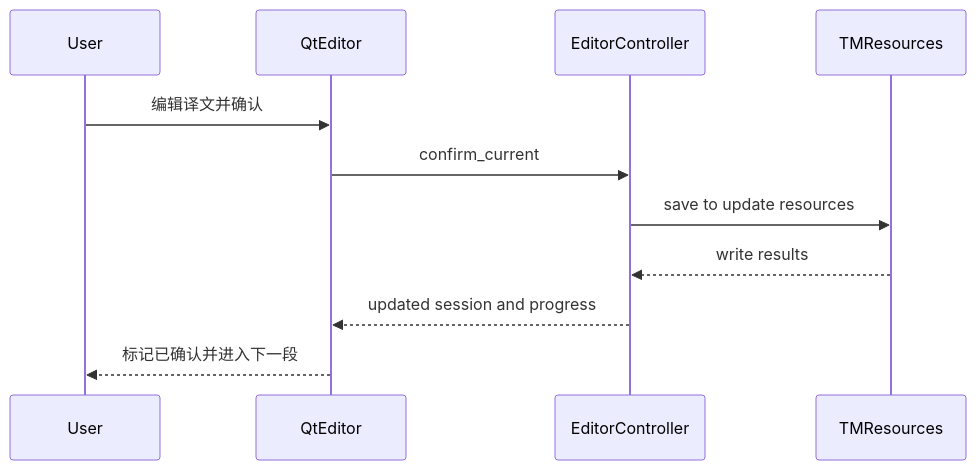
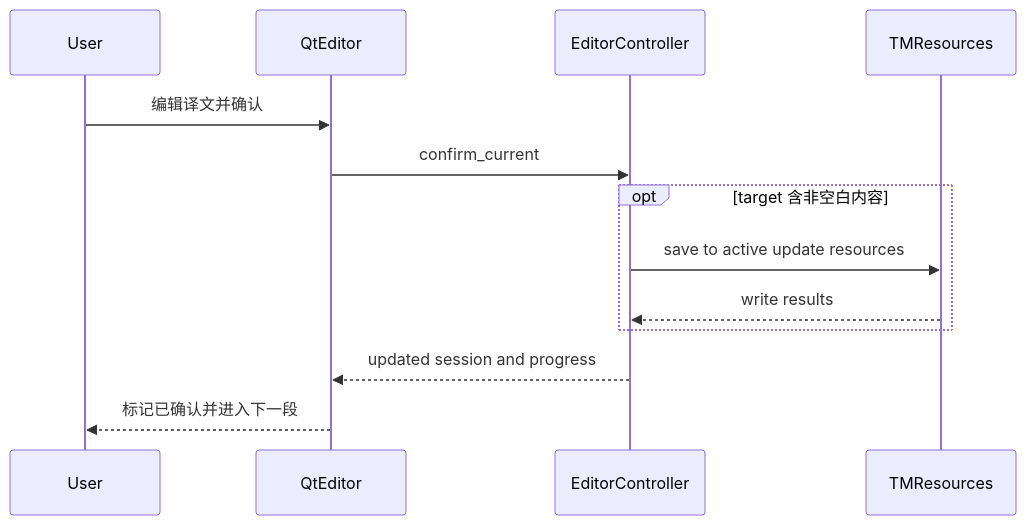
The third of 5 diagrams in .kiro/specs/qt-editor-mvp/design.md (BeFringe/LocalCAT), drawn with Mermaid before and after one commit. The commit also changed other lines of this file and 10 other files, not shown here.

````diff
--- a/.kiro/specs/qt-editor-mvp/design.md
+++ b/.kiro/specs/qt-editor-mvp/design.md
@@ -163,13 +163,15 @@
 ```mermaid
 sequenceDiagram
     participant User
     participant QtEditor
     participant EditorController
     participant TMResources
     User->>QtEditor: 编辑译文并确认
     QtEditor->>EditorController: confirm_current
-    EditorController->>TMResources: save to update resources
-    TMResources-->>EditorController: write results
+    opt target 含非空白内容
+        EditorController->>TMResources: save to active update resources
+        TMResources-->>EditorController: write results
+    end
     EditorController-->>QtEditor: updated session and progress
     QtEditor-->>User: 标记已确认并进入下一段
 ```
````
